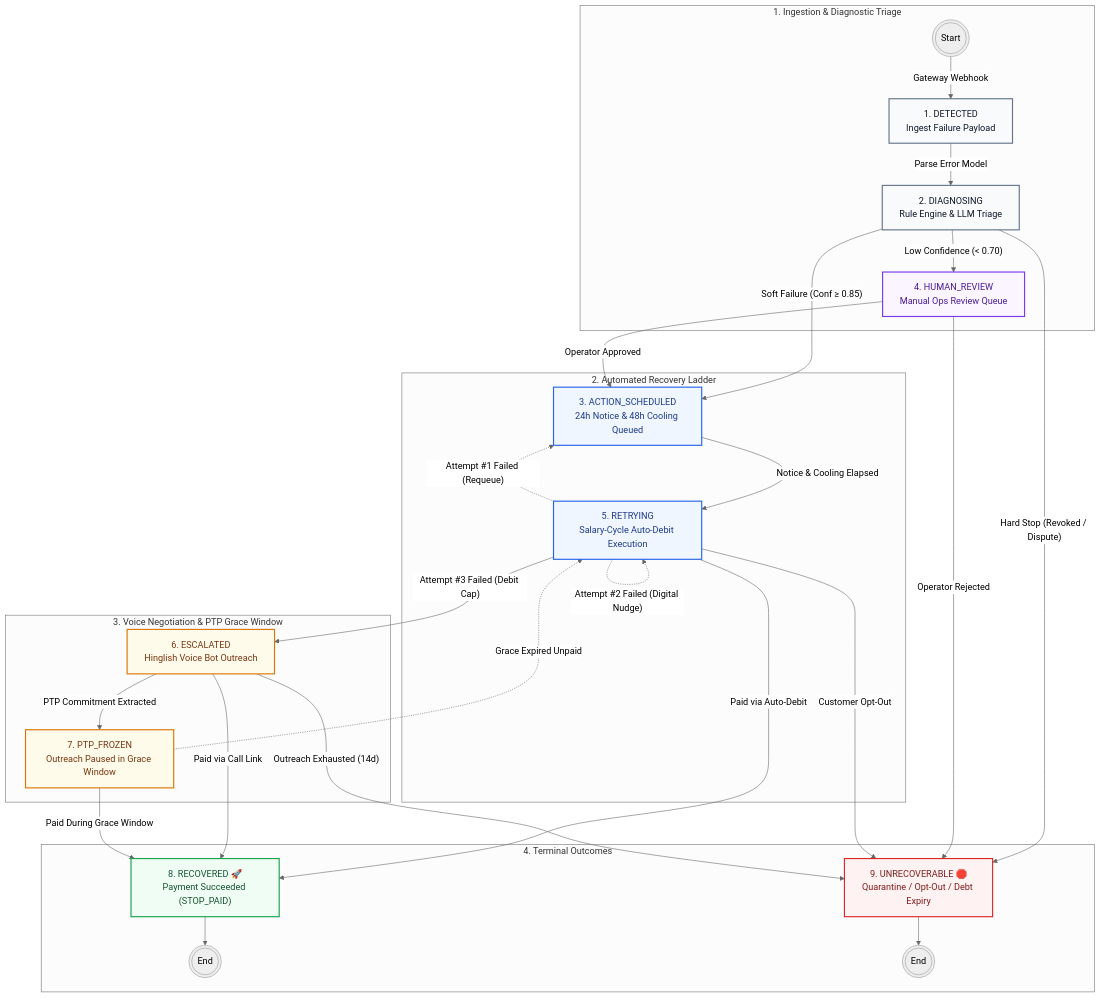
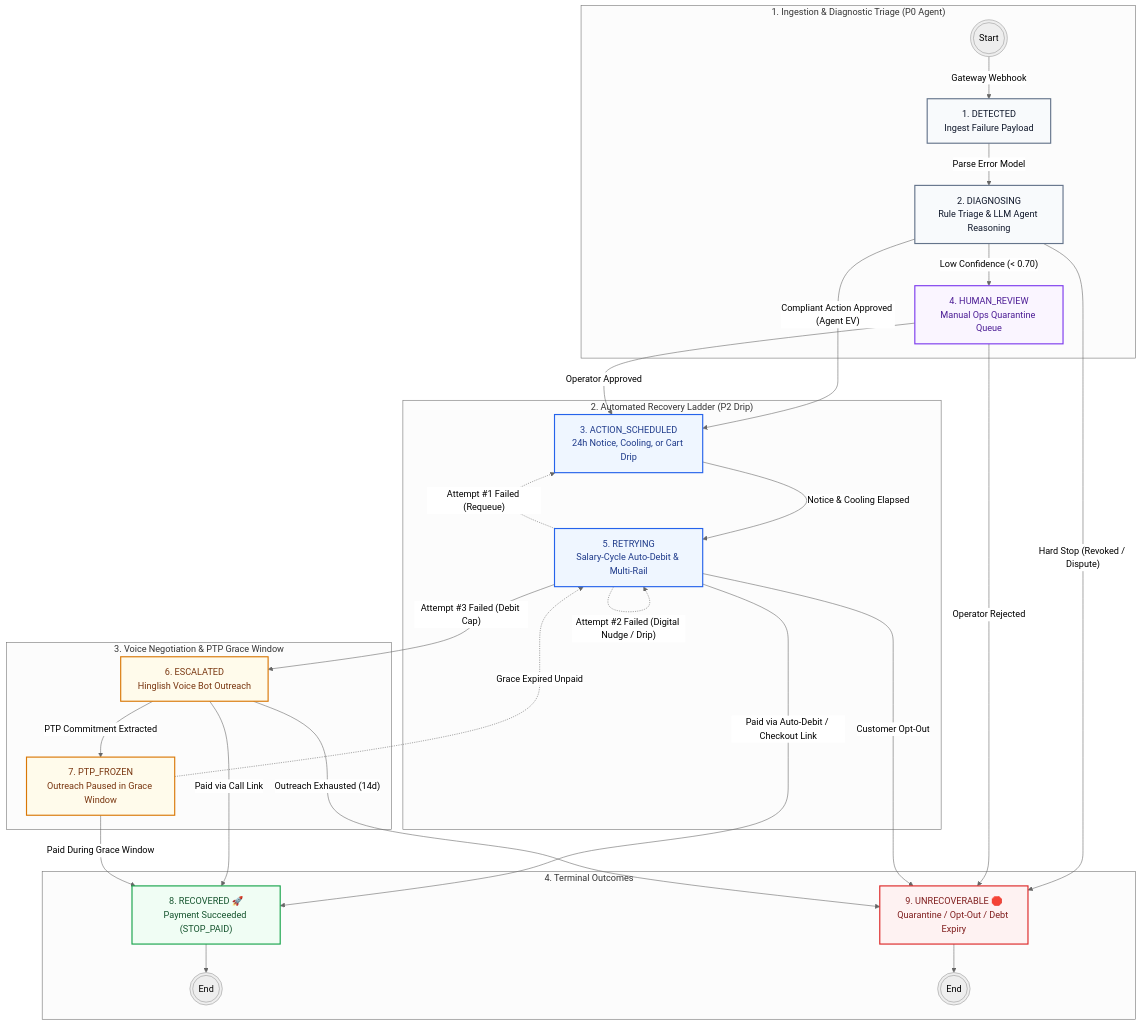
Before and after one commit to Harmit07/razorpay-ai-challenge: the second of 2 diagrams in README.md, drawn with Mermaid (neutral theme). The commit also changed other lines of this file and 1 other file, not shown here.

Commit message:
docs: update Mermaid architecture and FSM flowcharts with AI Decision Agent and checkout drip workflows

````diff
--- a/README.md
+++ b/README.md
@@ -178,80 +195,80 @@
 ```mermaid
 flowchart TD
     %% ─────────────────────────────────────────────────────────────
-    %% STAGE 1: INGESTION & DIAGNOSTIC TRIAGE
+    %% STAGE 1: INGESTION & DIAGNOSTIC TRIAGE (P0 AGENT)
     %% ─────────────────────────────────────────────────────────────
-    subgraph S1 ["1. Ingestion & Diagnostic Triage"]
+    subgraph S1 ["1. Ingestion & Diagnostic Triage (P0 Agent)"]
         START(((Start))) -->|"Gateway Webhook"| S_DETECTED["1. DETECTED\nIngest Failure Payload"]
-        S_DETECTED -->|"Parse Error Model"| S_DIAG["2. DIAGNOSING\nRule Engine & LLM Triage"]
-        S_DIAG -->|"Low Confidence (< 0.70)"| S_HUMAN["4. HUMAN_REVIEW\nManual Ops Review Queue"]
+        S_DETECTED -->|"Parse Error Model"| S_DIAG["2. DIAGNOSING\nRule Triage & LLM Agent Reasoning"]
+        S_DIAG -->|"Low Confidence (< 0.70)"| S_HUMAN["4. HUMAN_REVIEW\nManual Ops Quarantine Queue"]
     end
 
     %% ─────────────────────────────────────────────────────────────
-    %% STAGE 2: SCHEDULED NOTICE & AUTOMATED RETRIES
+    %% STAGE 2: SCHEDULED NOTICE & AUTOMATED RETRIES (P2 DRIP)
     %% ─────────────────────────────────────────────────────────────
-    subgraph S2 ["2. Automated Recovery Ladder"]
-        S_SCHED["3. ACTION_SCHEDULED\n24h Notice & 48h Cooling Queued"]
-        S_RETRY["5. RETRYING\nSalary-Cycle Auto-Debit Execution"]
+    subgraph S2 ["2. Automated Recovery Ladder (P2 Drip)"]
+        S_SCHED["3. ACTION_SCHEDULED\n24h Notice, Cooling, or Cart Drip"]
+        S_RETRY["5. RETRYING\nSalary-Cycle Auto-Debit & Multi-Rail"]
         
         S_SCHED -->|"Notice & Cooling Elapsed"| S_RETRY
         S_RETRY -.->|"Attempt #1 Failed (Requeue)"| S_SCHED
-        S_RETRY -.->|"Attempt #2 Failed (Digital Nudge)"| S_RETRY
+        S_RETRY -.->|"Attempt #2 Failed (Digital Nudge / Drip)"| S_RETRY
     end
 
     %% ─────────────────────────────────────────────────────────────
     %% STAGE 3: VOICE ESCALATION & PROMISE-TO-PAY
     %% ─────────────────────────────────────────────────────────────
     subgraph S3 ["3. Voice Negotiation & PTP Grace Window"]
         S_ESCALATED["6. ESCALATED\nHinglish Voice Bot Outreach"]
         S_PTP["7. PTP_FROZEN\nOutreach Paused in Grace Window"]
         
         S_ESCALATED -->|"PTP Commitment Extracted"| S_PTP
         S_PTP -.->|"Grace Expired Unpaid"| S_RETRY
     end
 
     %% ─────────────────────────────────────────────────────────────
     %% STAGE 4: TERMINAL OUTCOMES
     %% ─────────────────────────────────────────────────────────────
     subgraph S4 ["4. Terminal Outcomes"]
         S_RECOVERED["8. RECOVERED 🚀\nPayment Succeeded (STOP_PAID)"]
         S_UNREC["9. UNRECOVERABLE 🛑\nQuarantine / Opt-Out / Debt Expiry"]
         
         S_RECOVERED --> END_REC(((End)))
         S_UNREC --> END_UNREC(((End)))
     end
 
     %% ─────────────────────────────────────────────────────────────
     %% INTER-STAGE TRANSITIONS
     %% ─────────────────────────────────────────────────────────────
-    S_DIAG -->|"Soft Failure (Conf ≥ 0.85)"| S_SCHED
+    S_DIAG -->|"Compliant Action Approved (Agent EV)"| S_SCHED
     S_DIAG -->|"Hard Stop (Revoked / Dispute)"| S_UNREC
 
     S_HUMAN -->|"Operator Approved"| S_SCHED
     S_HUMAN -->|"Operator Rejected"| S_UNREC
 
-    S_RETRY -->|"Paid via Auto-Debit"| S_RECOVERED
+    S_RETRY -->|"Paid via Auto-Debit / Checkout Link"| S_RECOVERED
     S_RETRY -->|"Attempt #3 Failed (Debit Cap)"| S_ESCALATED
     S_RETRY -->|"Customer Opt-Out"| S_UNREC
 
     S_ESCALATED -->|"Paid via Call Link"| S_RECOVERED
     S_ESCALATED -->|"Outreach Exhausted (14d)"| S_UNREC
 
     S_PTP -->|"Paid During Grace Window"| S_RECOVERED
 
     %% ─────────────────────────────────────────────────────────────
     %% UI COLOR THEMING (SaaS Light & Dark Mode Compatible)
     %% ─────────────────────────────────────────────────────────────
     classDef initial fill:#f8fafc,stroke:#64748b,stroke-width:2px,color:#0f172a;
     classDef active fill:#eff6ff,stroke:#2563eb,stroke-width:2px,color:#1e3a8a;
     classDef purple fill:#faf5ff,stroke:#7c3aed,stroke-width:2px,color:#4c1d95;
     classDef warning fill:#fffbeb,stroke:#d97706,stroke-width:2px,color:#78350f;
     classDef success fill:#f0fdf4,stroke:#16a34a,stroke-width:2px,color:#14532d;
     classDef danger fill:#fef2f2,stroke:#dc2626,stroke-width:2px,color:#7f1d1d;
 
     class S_DETECTED,S_DIAG initial;
     class S_SCHED,S_RETRY active;
     class S_HUMAN purple;
     class S_ESCALATED,S_PTP warning;
     class S_RECOVERED success;
     class S_UNREC danger;
 ```
````
